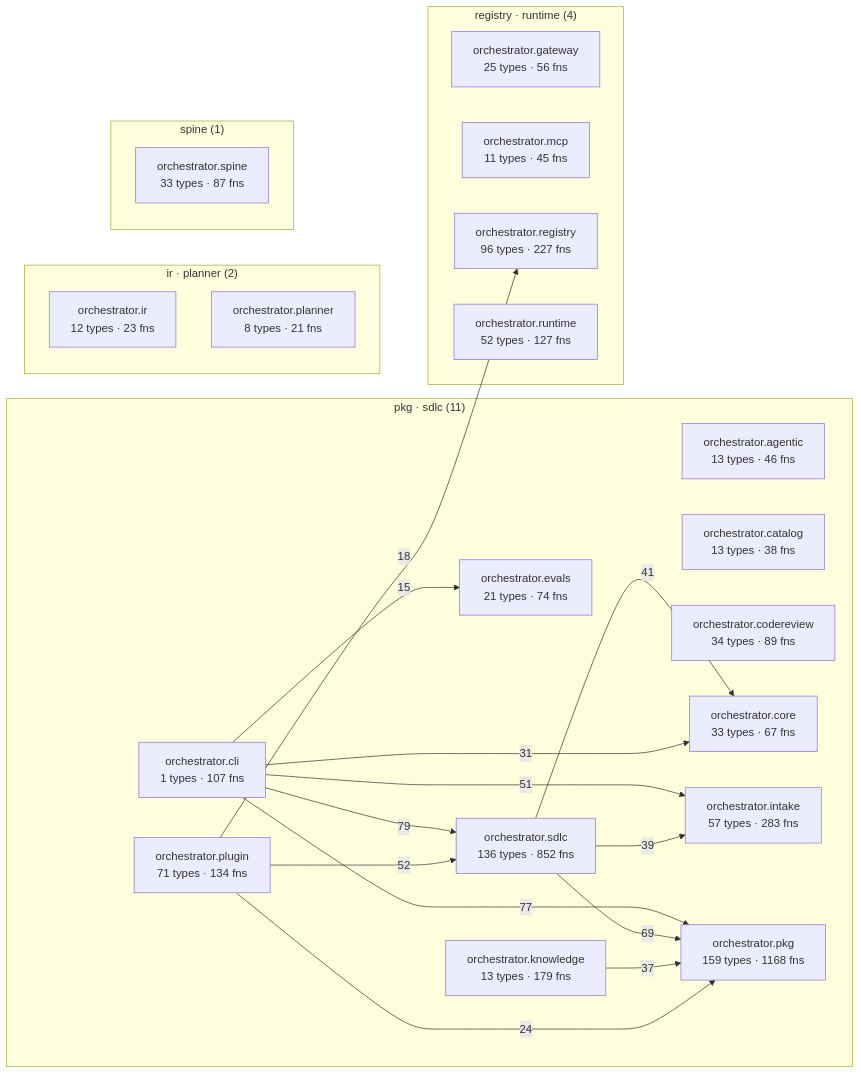
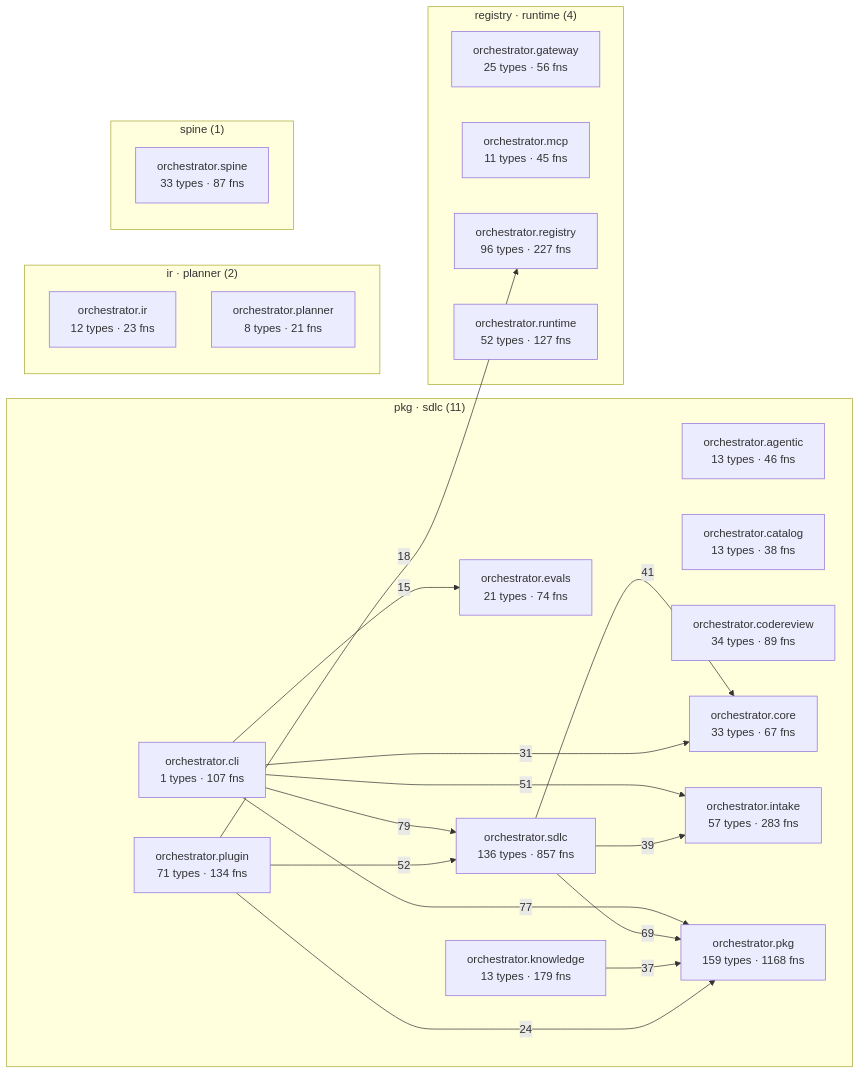
Before and after one commit to synaptixs/spine: the diagram in episteme/architecture.md, drawn with Mermaid. The commit also changed other lines of this file and 11 other files, not shown here.

````diff
--- a/episteme/architecture.md
+++ b/episteme/architecture.md
@@ -55,41 +55,41 @@
 ```mermaid
 flowchart LR
   subgraph c_2["pkg · sdlc (11)"]
     aorchestratoragentic["orchestrator.agentic<br/>13 types · 46 fns"]
     aorchestratorcatalog["orchestrator.catalog<br/>13 types · 38 fns"]
     aorchestratorcli["orchestrator.cli<br/>1 types · 107 fns"]
     aorchestratorcodereview["orchestrator.codereview<br/>34 types · 89 fns"]
     aorchestratorcore["orchestrator.core<br/>33 types · 67 fns"]
     aorchestratorevals["orchestrator.evals<br/>21 types · 74 fns"]
     aorchestratorintake["orchestrator.intake<br/>57 types · 283 fns"]
     aorchestratorknowledge["orchestrator.knowledge<br/>13 types · 179 fns"]
     aorchestratorpkg["orchestrator.pkg<br/>159 types · 1168 fns"]
     aorchestratorplugin["orchestrator.plugin<br/>71 types · 134 fns"]
-    aorchestratorsdlc["orchestrator.sdlc<br/>136 types · 852 fns"]
+    aorchestratorsdlc["orchestrator.sdlc<br/>136 types · 857 fns"]
   end
   subgraph c_4["registry · runtime (4)"]
     aorchestratorgateway["orchestrator.gateway<br/>25 types · 56 fns"]
     aorchestratormcp["orchestrator.mcp<br/>11 types · 45 fns"]
     aorchestratorregistry["orchestrator.registry<br/>96 types · 227 fns"]
     aorchestratorruntime["orchestrator.runtime<br/>52 types · 127 fns"]
   end
   subgraph c_6["ir · planner (2)"]
     aorchestratorir["orchestrator.ir<br/>12 types · 23 fns"]
     aorchestratorplanner["orchestrator.planner<br/>8 types · 21 fns"]
   end
   subgraph c_11["spine (1)"]
     aorchestratorspine["orchestrator.spine<br/>33 types · 87 fns"]
   end
   aorchestratorcli -->|79| aorchestratorsdlc
   aorchestratorcli -->|77| aorchestratorpkg
   aorchestratorsdlc -->|69| aorchestratorpkg
   aorchestratorplugin -->|52| aorchestratorsdlc
   aorchestratorcli -->|51| aorchestratorintake
   aorchestratorsdlc -->|41| aorchestratorcore
   aorchestratorsdlc -->|39| aorchestratorintake
   aorchestratorknowledge -->|37| aorchestratorpkg
   aorchestratorcli -->|31| aorchestratorcore
   aorchestratorplugin -->|24| aorchestratorpkg
   aorchestratorplugin -->|18| aorchestratorregistry
   aorchestratorcli -->|15| aorchestratorevals
 ```
````
